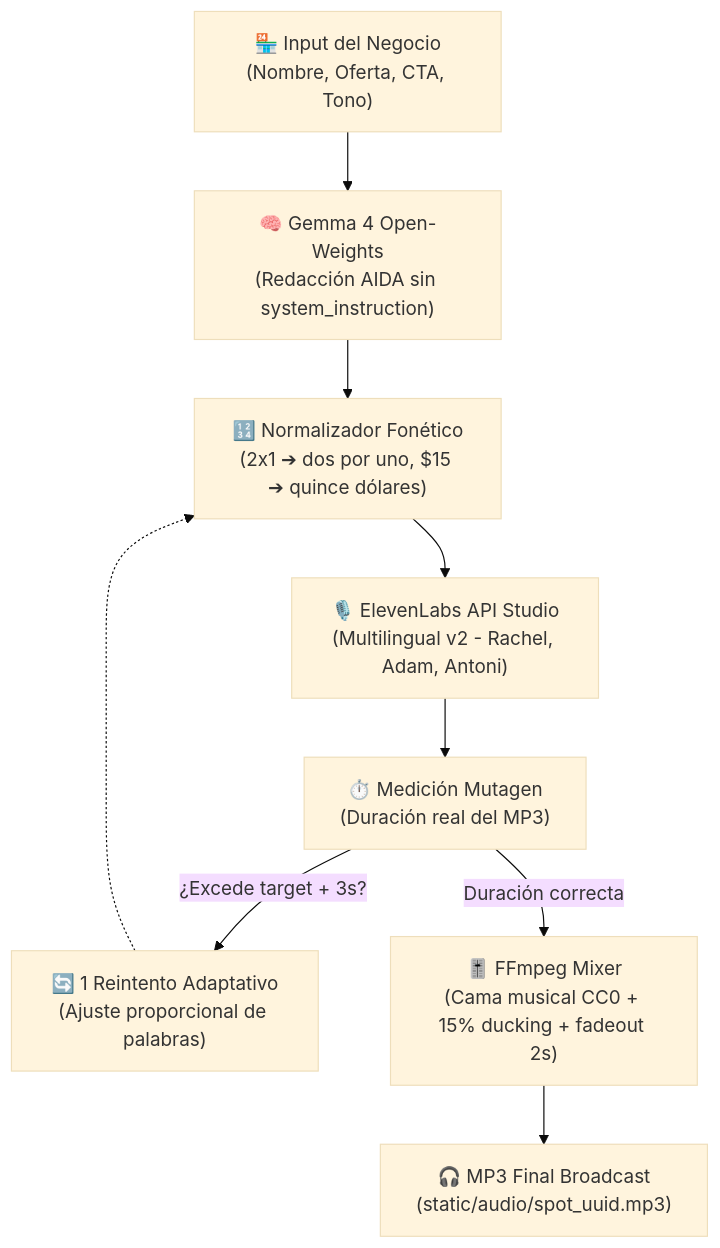
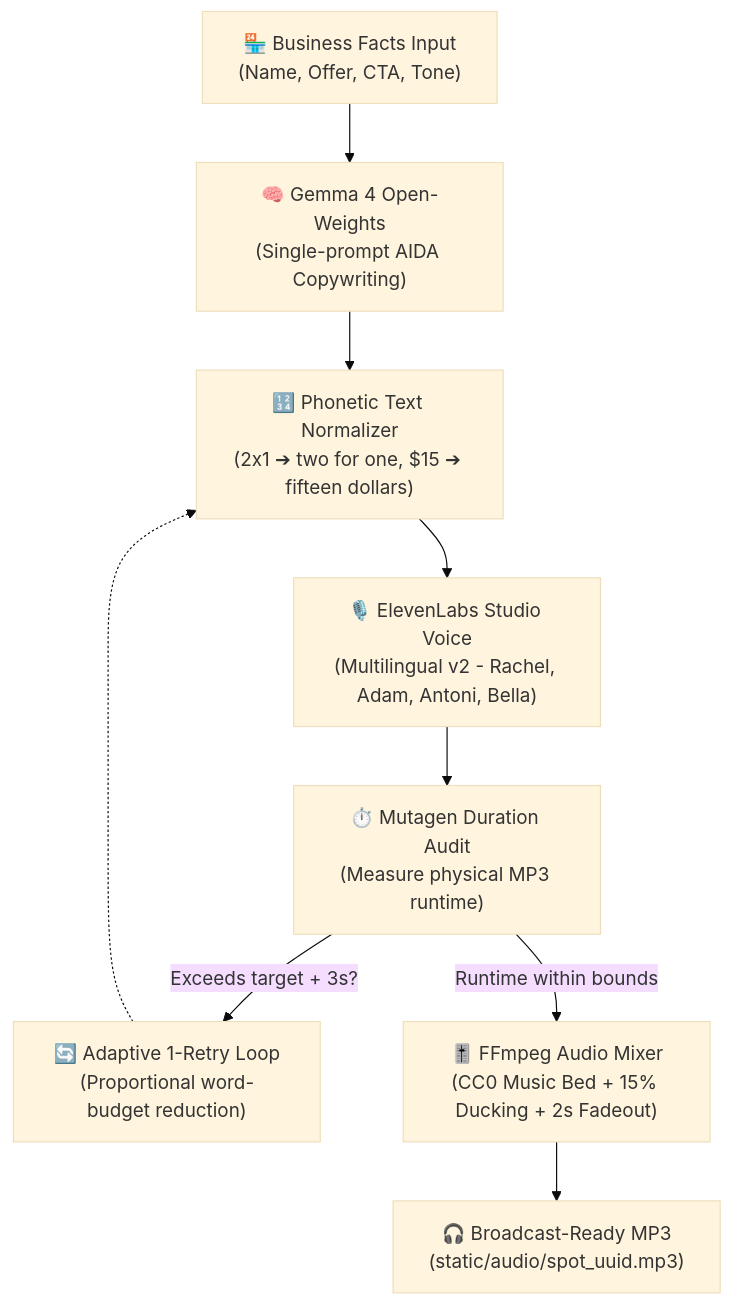
The diagram in README.md (oscarbol09/spotforge), drawn with Mermaid (base theme) before and after one commit. The commit also changed other lines of this file and 13 other files, not shown here.

````diff
--- a/README.md
+++ b/README.md
@@ -74,11 +74,11 @@
 ```mermaid
 flowchart TD
-    A["🏪 Input del Negocio\n(Nombre, Oferta, CTA, Tono)"] --> B["🧠 Gemma 4 Open-Weights\n(Redacción AIDA sin system_instruction)"]
-    B --> C["🔢 Normalizador Fonético\n(2x1 ➔ dos por uno, $15 ➔ quince dólares)"]
-    C --> D["🎙️ ElevenLabs API Studio\n(Multilingual v2 - Rachel, Adam, Antoni)"]
-    D --> E["⏱️ Medición Mutagen\n(Duración real del MP3)"]
-    E -- "¿Excede target + 3s?" --> F["🔄 1 Reintento Adaptativo\n(Ajuste proporcional de palabras)"]
+    A["🏪 Business Facts Input\n(Name, Offer, CTA, Tone)"] --> B["🧠 Gemma 4 Open-Weights\n(Single-prompt AIDA Copywriting)"]
+    B --> C["🔢 Phonetic Text Normalizer\n(2x1 ➔ two for one, $15 ➔ fifteen dollars)"]
+    C --> D["🎙️ ElevenLabs Studio Voice\n(Multilingual v2 - Rachel, Adam, Antoni, Bella)"]
+    D --> E["⏱️ Mutagen Duration Audit\n(Measure physical MP3 runtime)"]
+    E -- "Exceeds target + 3s?" --> F["🔄 Adaptive 1-Retry Loop\n(Proportional word-budget reduction)"]
     F -.-> C
-    E -- "Duración correcta" --> G["🎚️ FFmpeg Mixer\n(Cama musical CC0 + 15% ducking + fadeout 2s)"]
-    G --> H["🎧 MP3 Final Broadcast\n(static/audio/spot_uuid.mp3)"]
+    E -- "Runtime within bounds" --> G["🎚️ FFmpeg Audio Mixer\n(CC0 Music Bed + 15% Ducking + 2s Fadeout)"]
+    G --> H["🎧 Broadcast-Ready MP3\n(static/audio/spot_uuid.mp3)"]
 ```
````
